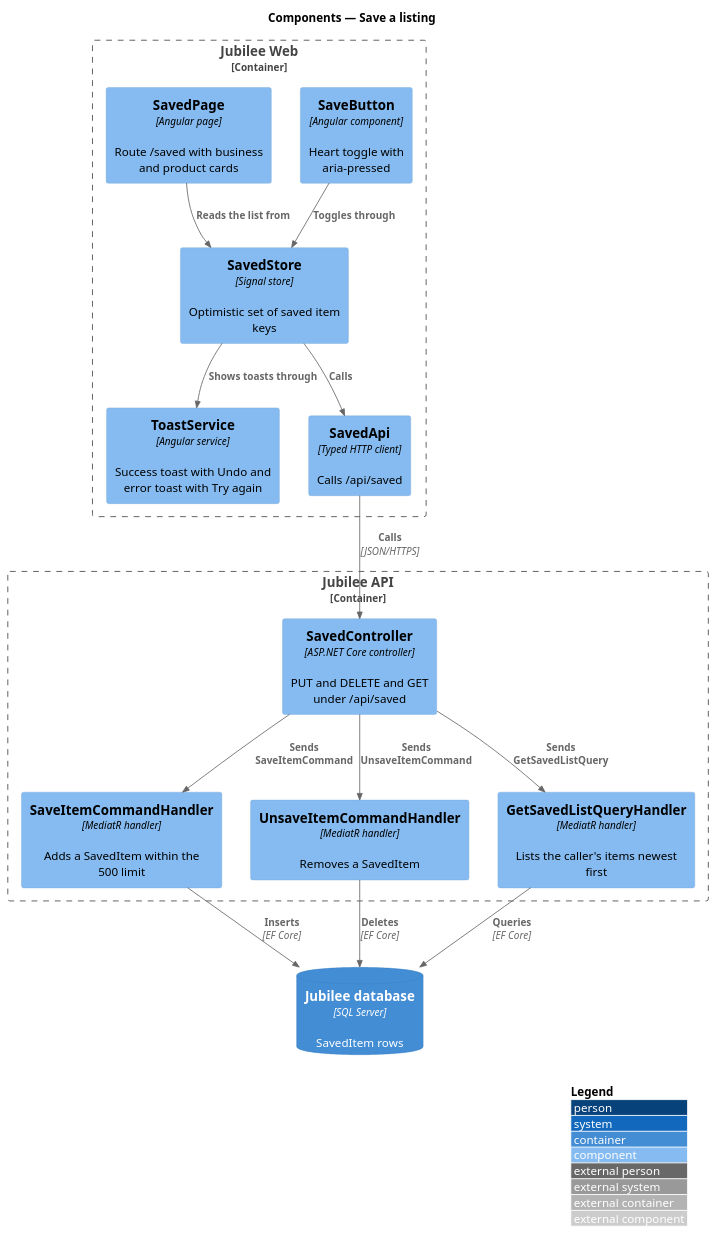
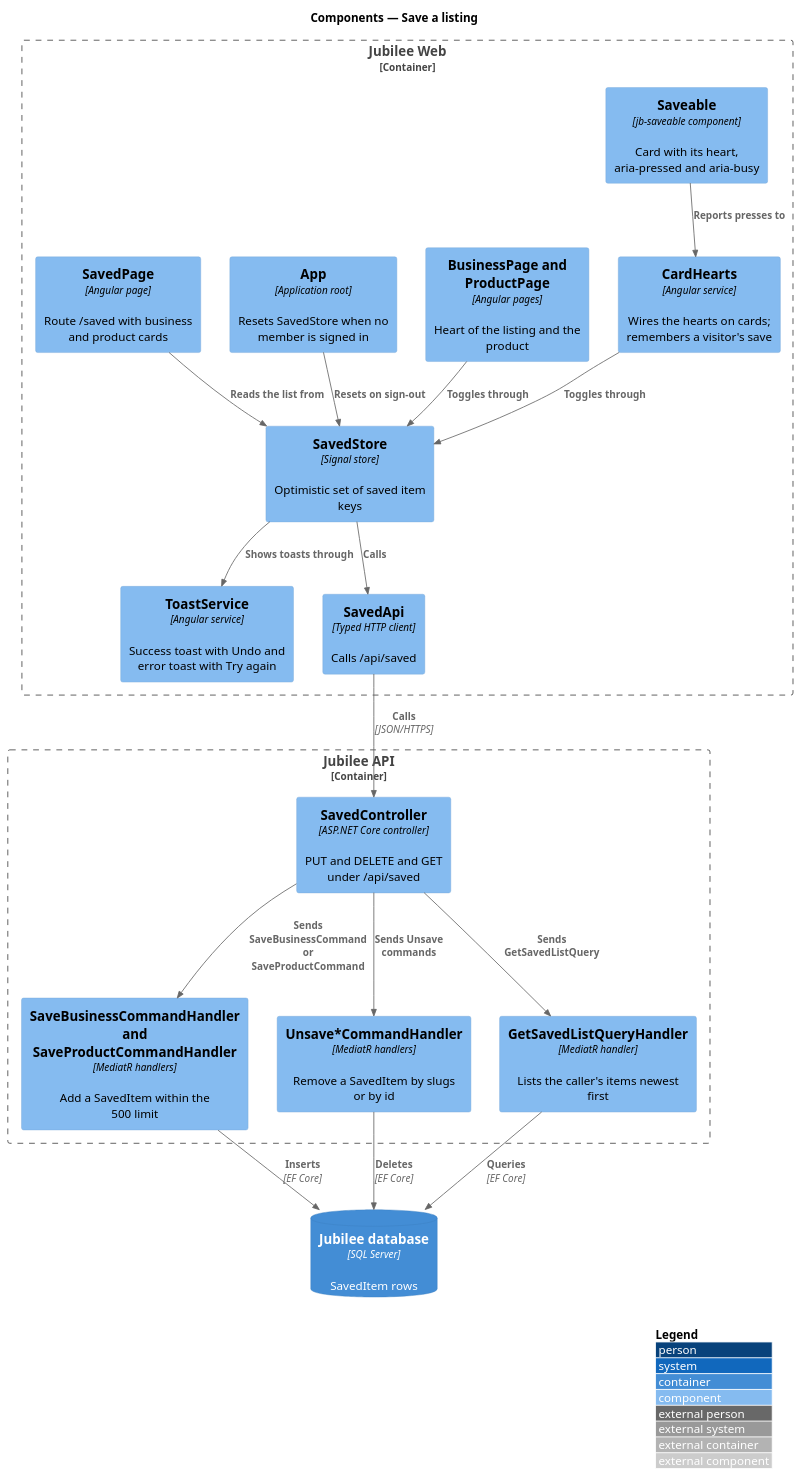
The diagram in docs/detailed-designs/listings/save-listing/diagrams/c4-component.puml (QuinntyneBrown/jubilee), drawn with PlantUML before and after one commit. The commit also changed 14 other files, not shown here.

Commit message:
Requirements and design of finishing journey 19: hearts on cards, a busy heart, a visitor's save on a card and clearing the saved store on sign-out (L2-041 AC7 to AC10, ADR 0054)

```diff
--- a/docs/detailed-designs/listings/save-listing/diagrams/c4-component.puml
+++ b/docs/detailed-designs/listings/save-listing/diagrams/c4-component.puml
@@ -1,32 +1,38 @@
 @startuml
 !include <C4/C4_Component>
 LAYOUT_WITH_LEGEND()
 title Components — Save a listing
 
 Container_Boundary(web, "Jubilee Web") {
-  Component(heart, "SaveButton", "Angular component", "Heart toggle with aria-pressed")
+  Component(heart, "Saveable", "jb-saveable component", "Card with its heart, aria-pressed and aria-busy")
+  Component(hearts, "CardHearts", "Angular service", "Wires the hearts on cards; remembers a visitor's save")
+  Component(pages, "BusinessPage and ProductPage", "Angular pages", "Heart of the listing and the product")
+  Component(app, "App", "Application root", "Resets SavedStore when no member is signed in")
   Component(page, "SavedPage", "Angular page", "Route /saved with business and product cards")
   Component(store, "SavedStore", "Signal store", "Optimistic set of saved item keys")
   Component(toast, "ToastService", "Angular service", "Success toast with Undo and error toast with Try again")
   Component(client, "SavedApi", "Typed HTTP client", "Calls /api/saved")
 }
 Container_Boundary(api, "Jubilee API") {
   Component(ctrl, "SavedController", "ASP.NET Core controller", "PUT and DELETE and GET under /api/saved")
-  Component(save, "SaveItemCommandHandler", "MediatR handler", "Adds a SavedItem within the 500 limit")
-  Component(unsave, "UnsaveItemCommandHandler", "MediatR handler", "Removes a SavedItem")
+  Component(save, "SaveBusinessCommandHandler and SaveProductCommandHandler", "MediatR handlers", "Add a SavedItem within the 500 limit")
+  Component(unsave, "Unsave*CommandHandler", "MediatR handlers", "Remove a SavedItem by slugs or by id")
   Component(list, "GetSavedListQueryHandler", "MediatR handler", "Lists the caller's items newest first")
 }
 ContainerDb(db, "Jubilee database", "SQL Server", "SavedItem rows")
 
-Rel(heart, store, "Toggles through")
+Rel(heart, hearts, "Reports presses to")
+Rel(hearts, store, "Toggles through")
+Rel(pages, store, "Toggles through")
+Rel(app, store, "Resets on sign-out")
 Rel(page, store, "Reads the list from")
 Rel(store, toast, "Shows toasts through")
 Rel(store, client, "Calls")
 Rel(client, ctrl, "Calls", "JSON/HTTPS")
-Rel(ctrl, save, "Sends SaveItemCommand")
-Rel(ctrl, unsave, "Sends UnsaveItemCommand")
+Rel(ctrl, save, "Sends SaveBusinessCommand or SaveProductCommand")
+Rel(ctrl, unsave, "Sends Unsave commands")
 Rel(ctrl, list, "Sends GetSavedListQuery")
 Rel(save, db, "Inserts", "EF Core")
 Rel(unsave, db, "Deletes", "EF Core")
 Rel(list, db, "Queries", "EF Core")
 @enduml
```
